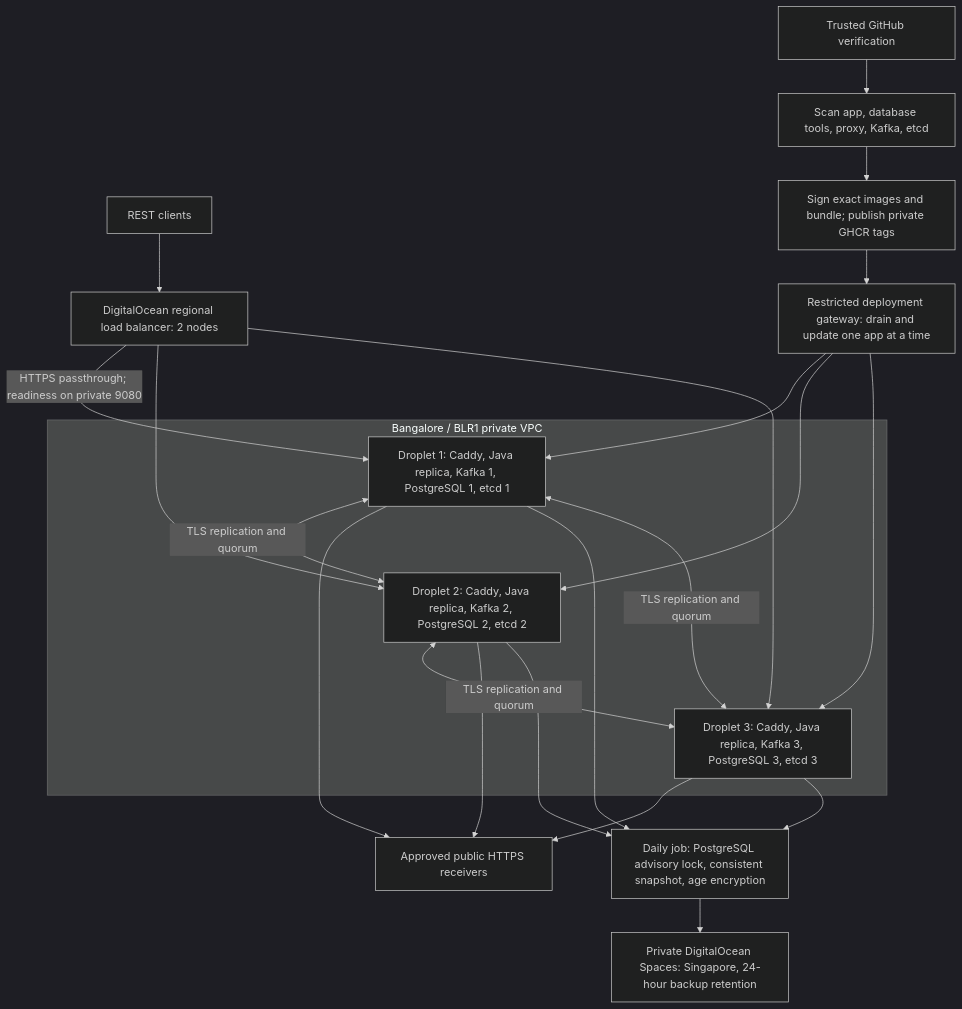
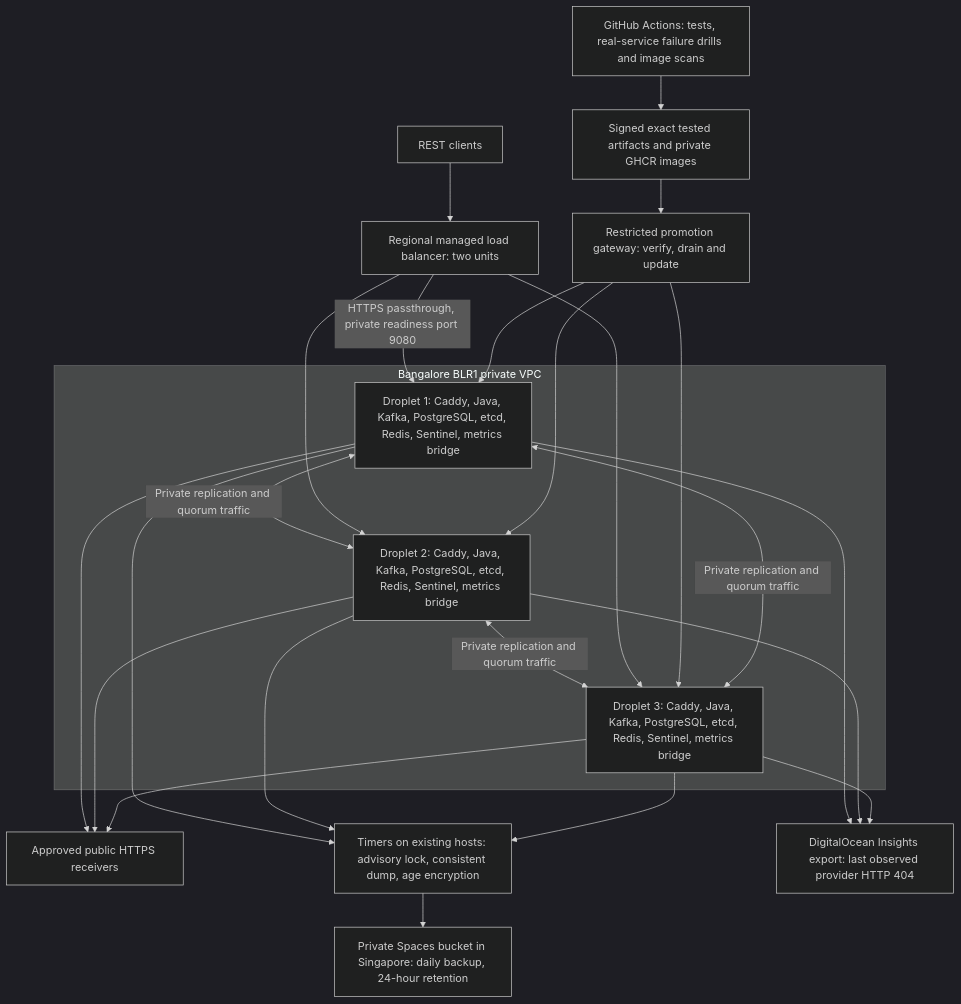
The fourth of 4 diagrams in docs/architecture.md (Sahil2237/notification-fanout), drawn with Mermaid (dark theme) before and after one commit. The commit also changed other lines of this file and 14 other files, not shown here.

Commit message:
docs: reconcile deployed architecture and assessment evidence [skip ci]

````diff
--- a/docs/architecture.md
+++ b/docs/architecture.md
@@ -60,28 +106,30 @@
 ```mermaid
 flowchart TB
- U[REST clients] --> LB[DigitalOcean regional load balancer: 2 nodes]
- subgraph BLR[Bangalore / BLR1 private VPC]
-  N1[Droplet 1: Caddy, Java replica, Kafka 1, PostgreSQL 1, etcd 1]
-  N2[Droplet 2: Caddy, Java replica, Kafka 2, PostgreSQL 2, etcd 2]
-  N3[Droplet 3: Caddy, Java replica, Kafka 3, PostgreSQL 3, etcd 3]
-  N1 <-->|TLS replication and quorum| N2
-  N2 <-->|TLS replication and quorum| N3
-  N3 <-->|TLS replication and quorum| N1
- end
- LB -->|HTTPS passthrough; readiness on private 9080| N1
- LB --> N2
- LB --> N3
- N1 --> H[Approved public HTTPS receivers]
- N2 --> H
- N3 --> H
- N1 --> B[Daily job: PostgreSQL advisory lock, consistent snapshot, age encryption]
- N2 --> B
- N3 --> B
- B --> S[Private DigitalOcean Spaces: Singapore, 24-hour backup retention]
- G[Trusted GitHub verification] --> V[Scan app, database tools, proxy, Kafka, etcd]
- V --> P[Sign exact images and bundle; publish private GHCR tags]
- P --> R[Restricted deployment gateway: drain and update one app at a time]
- R --> N1
- R --> N2
- R --> N3
+    CLIENT[REST clients] --> LB[Regional managed load balancer: two units]
+    subgraph BLR[Bangalore BLR1 private VPC]
+        N1[Droplet 1: Caddy, Java, Kafka, PostgreSQL, etcd, Redis, Sentinel, metrics bridge]
+        N2[Droplet 2: Caddy, Java, Kafka, PostgreSQL, etcd, Redis, Sentinel, metrics bridge]
+        N3[Droplet 3: Caddy, Java, Kafka, PostgreSQL, etcd, Redis, Sentinel, metrics bridge]
+        N1 <-->|Private replication and quorum traffic| N2
+        N2 <-->|Private replication and quorum traffic| N3
+        N3 <-->|Private replication and quorum traffic| N1
+    end
+    LB -->|HTTPS passthrough, private readiness port 9080| N1
+    LB --> N2
+    LB --> N3
+    N1 --> H[Approved public HTTPS receivers]
+    N2 --> H
+    N3 --> H
+    N1 --> B[Timers on existing hosts: advisory lock, consistent dump, age encryption]
+    N2 --> B
+    N3 --> B
+    B --> S[Private Spaces bucket in Singapore: daily backup, 24-hour retention]
+    N1 --> MET[DigitalOcean Insights export: last observed provider HTTP 404]
+    N2 --> MET
+    N3 --> MET
+    CI[GitHub Actions: tests, real-service failure drills and image scans] --> SIGN[Signed exact tested artifacts and private GHCR images]
+    SIGN --> GATE[Restricted promotion gateway: verify, drain and update]
+    GATE --> N1
+    GATE --> N2
+    GATE --> N3
 ```
````
